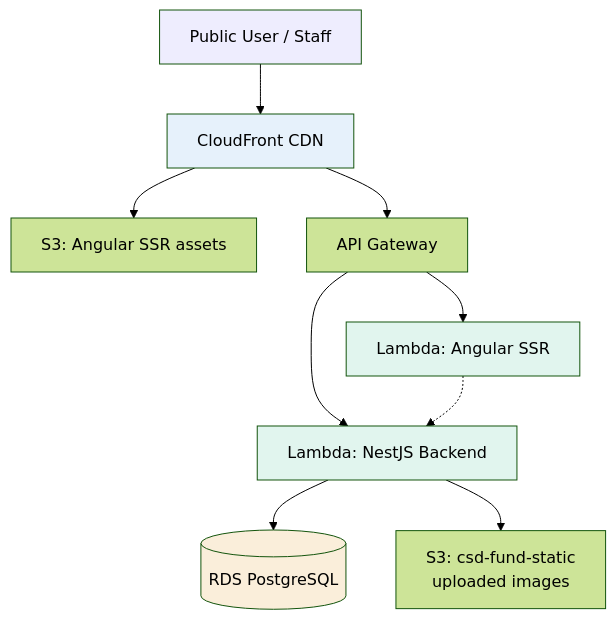
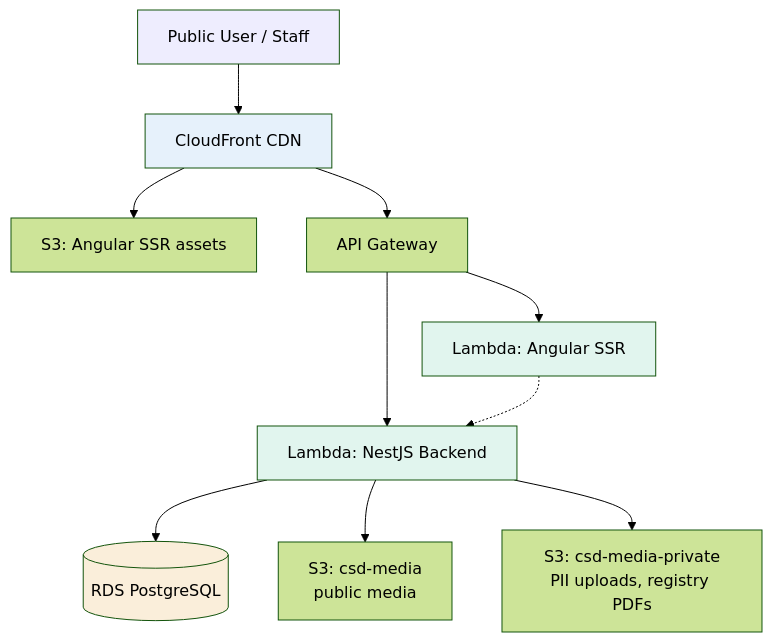
Before and after one commit to Endorrfin/csd: the first of 3 diagrams in docs/ARCHITECTURE.md, drawn with Mermaid (forest theme). The commit also changed other lines of this file and 1 other file, not shown here.

Commit message:
csd | web-portal | docs/architecture-sync

````diff
--- a/docs/ARCHITECTURE.md
+++ b/docs/ARCHITECTURE.md
@@ -84,17 +94,18 @@
 ```mermaid
 graph TB
     User[Public User / Staff] --> CF[CloudFront CDN]
     CF --> S3[S3: Angular SSR assets]
     CF --> APIGW[API Gateway]
     APIGW --> LambdaBE[Lambda: NestJS Backend]
     APIGW --> LambdaUI[Lambda: Angular SSR]
     LambdaBE --> RDS[(RDS PostgreSQL)]
-    LambdaBE --> S3Static[S3: csd-fund-static<br/>uploaded images]
+    LambdaBE --> S3Media[S3: csd-media<br/>public media]
+    LambdaBE --> S3Priv[S3: csd-media-private<br/>PII uploads, registry PDFs]
     LambdaUI -.-> LambdaBE
 
     style User fill:#EEEDFE
     style CF fill:#E6F1FB
     style LambdaBE fill:#E1F5EE
     style LambdaUI fill:#E1F5EE
     style RDS fill:#FAEEDA
 ```
````
